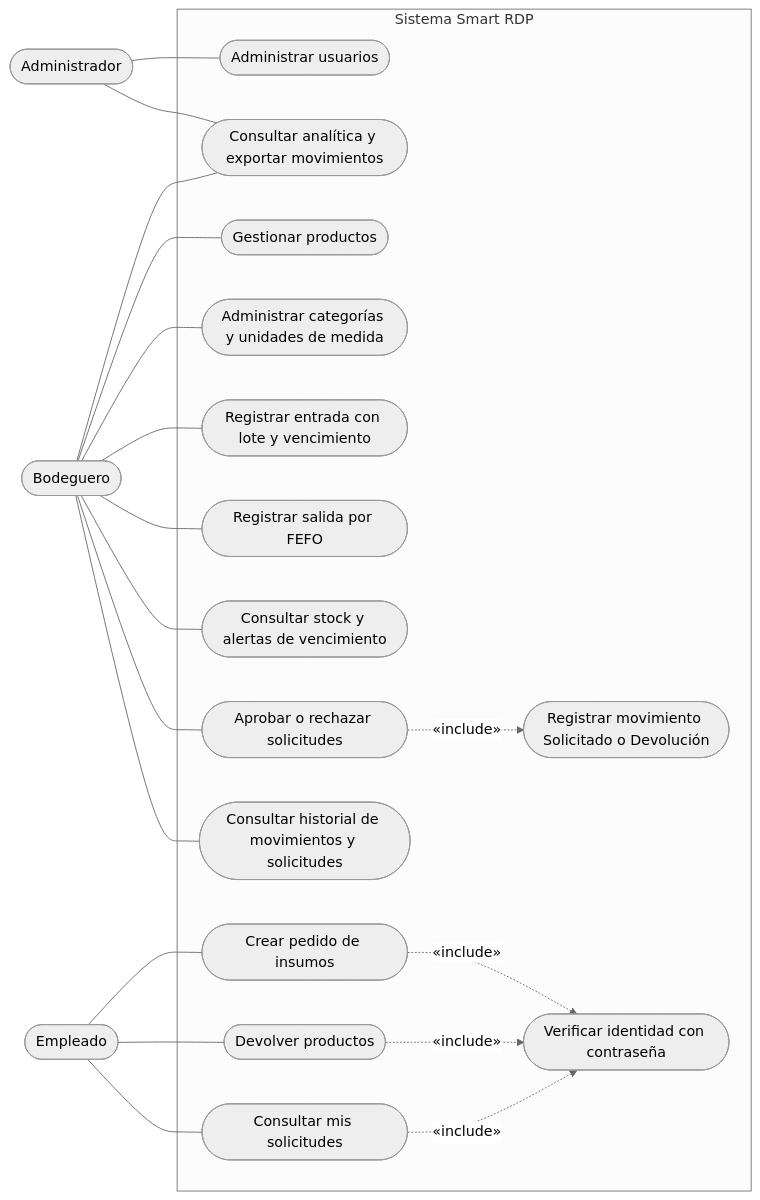
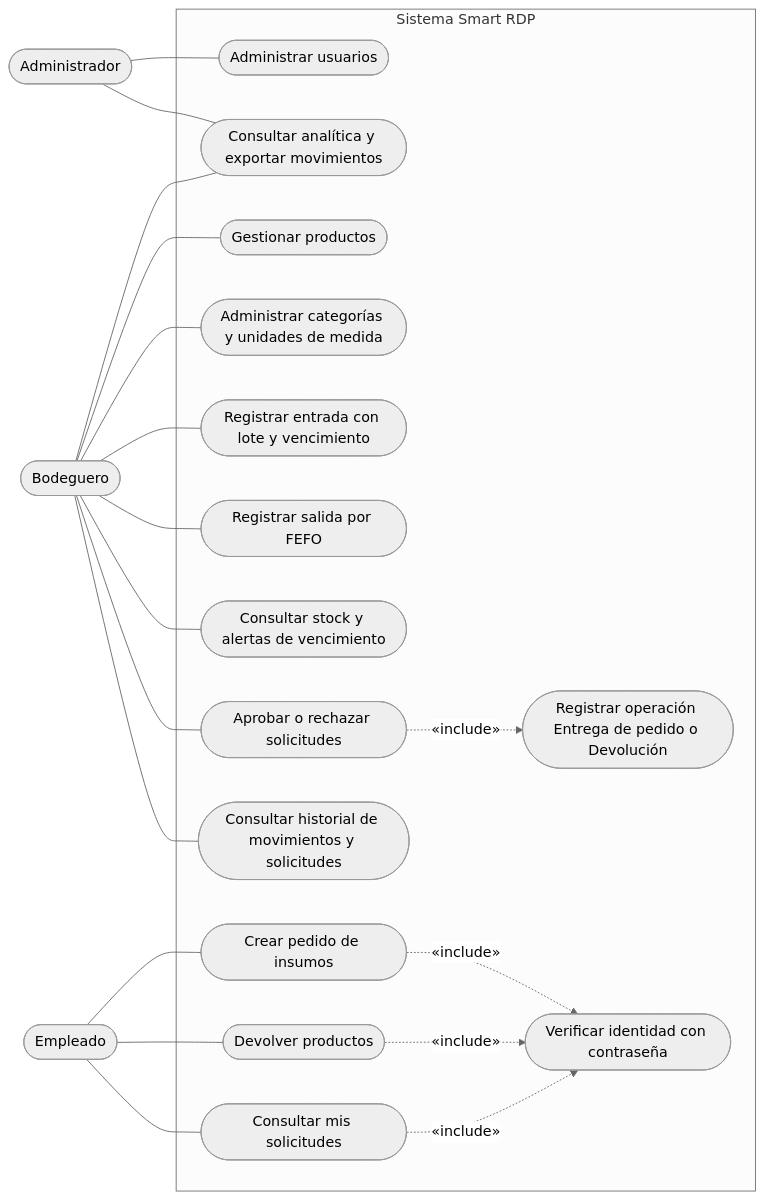
The first of 5 diagrams in FASE-2/EVIDENCIAS-DE-PROYECTO/08-Diagramas-UML.md (ezequielesq/SAN-BERNARDO-MALLEN-GONZALEZ-PTY4614-002D-EQUIPO-3), drawn with Mermaid (neutral theme) before and after one commit. The commit also changed other lines of this file and 1 other file, not shown here.

First line of the commit message:
Actualiza el modelo de datos y los diagramas al libro de operaciones

````diff
--- a/FASE-2/EVIDENCIAS-DE-PROYECTO/08-Diagramas-UML.md
+++ b/FASE-2/EVIDENCIAS-DE-PROYECTO/08-Diagramas-UML.md
@@ -24,44 +26,44 @@
 ```mermaid
 flowchart LR
     adm(["Administrador"])
     bod(["Bodeguero"])
     emp(["Empleado"])
 
     subgraph SIS["Sistema Smart RDP"]
         uc1(["Administrar usuarios"])
         uc2(["Consultar analítica y exportar movimientos"])
         uc3(["Gestionar productos"])
         uc4(["Administrar categorías y unidades de medida"])
         uc5(["Registrar entrada con lote y vencimiento"])
         uc6(["Registrar salida por FEFO"])
         uc7(["Consultar stock y alertas de vencimiento"])
         uc8(["Aprobar o rechazar solicitudes"])
         uc9(["Consultar historial de movimientos y solicitudes"])
         uc10(["Crear pedido de insumos"])
         uc11(["Devolver productos"])
         uc12(["Consultar mis solicitudes"])
-        uc13(["Registrar movimiento Solicitado o Devolución"])
+        uc13(["Registrar operación Entrega de pedido o Devolución"])
         uc14(["Verificar identidad con contraseña"])
     end
 
     adm --- uc1
     adm --- uc2
 
     bod --- uc2
     bod --- uc3
     bod --- uc4
     bod --- uc5
     bod --- uc6
     bod --- uc7
     bod --- uc8
     bod --- uc9
 
     emp --- uc10
     emp --- uc11
     emp --- uc12
 
     uc8 -.->|"«include»"| uc13
     uc10 -.->|"«include»"| uc14
     uc11 -.->|"«include»"| uc14
     uc12 -.->|"«include»"| uc14
 ```
````
